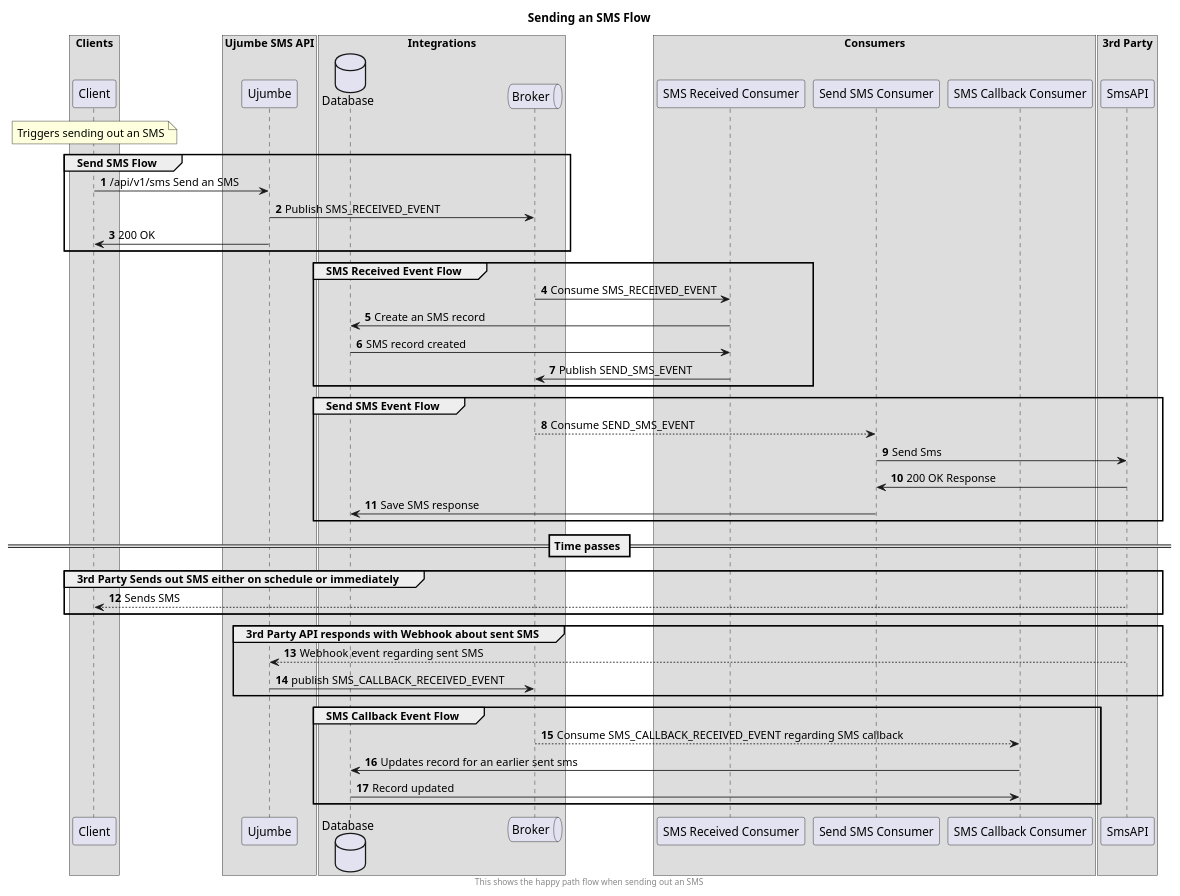
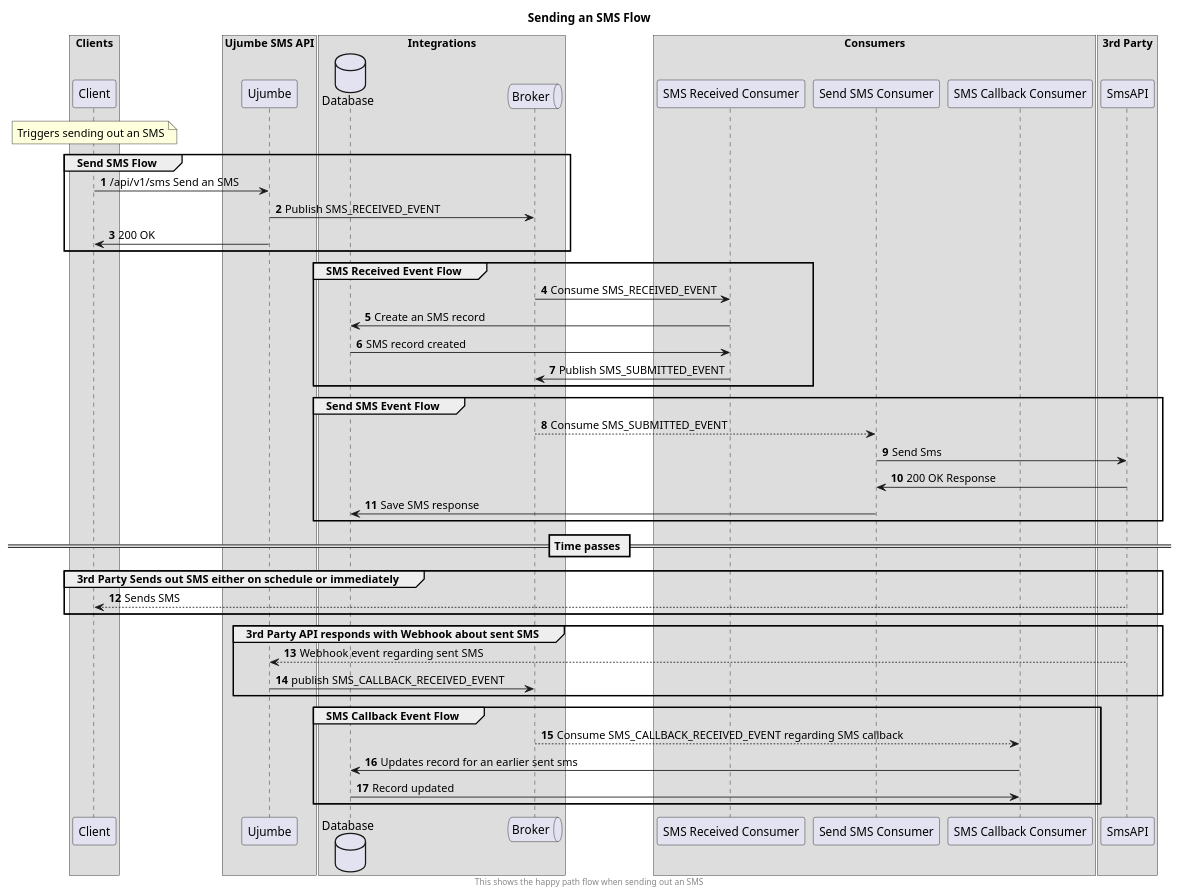
Before and after one commit to SanctumLabs/ujumbe: the diagram in docs/send_sms_flow.puml, drawn with PlantUML. The commit also changed 13 other files, not shown here.

Commit message:
feat(consumer): sms submitted consumer

```diff
--- a/docs/send_sms_flow.puml
+++ b/docs/send_sms_flow.puml
@@ -1,70 +1,70 @@
 @startuml
 
 title Sending an SMS Flow
 footer This shows the happy path flow when sending out an SMS
 
 autonumber
 
 box Clients
     participant Client as client
 endbox
 
 note over client: Triggers sending out an SMS
 
 box Ujumbe SMS API
     participant Ujumbe as ujumbe
 endbox
 
 box Integrations
     database Database as database
     queue Broker as broker
 endbox
 
 box Consumers
     participant "SMS Received Consumer" as sms_received_consumer
     participant "Send SMS Consumer" as send_sms_consumer
     participant "SMS Callback Consumer" as sms_callback_consumer
 endbox
 
 box 3rd Party
     participant SmsAPI as sms_api
 endbox
 
 group Send SMS Flow
  client -> ujumbe: /api/v1/sms Send an SMS
  ujumbe -> broker: Publish SMS_RECEIVED_EVENT
  ujumbe -> client: 200 OK
 end
 
 group SMS Received Event Flow
  broker -> sms_received_consumer: Consume SMS_RECEIVED_EVENT
  sms_received_consumer -> database: Create an SMS record
  database -> sms_received_consumer: SMS record created
- sms_received_consumer -> broker: Publish SEND_SMS_EVENT
+ sms_received_consumer -> broker: Publish SMS_SUBMITTED_EVENT
 end
 
 group Send SMS Event Flow
- broker --> send_sms_consumer: Consume SEND_SMS_EVENT
+ broker --> send_sms_consumer: Consume SMS_SUBMITTED_EVENT
  send_sms_consumer -> sms_api: Send Sms
  sms_api -> send_sms_consumer: 200 OK Response
  send_sms_consumer -> database: Save SMS response
 end
 
 == Time passes ==
 
 group 3rd Party Sends out SMS either on schedule or immediately
  sms_api --> client: Sends SMS
 end
 
 group 3rd Party API responds with Webhook about sent SMS
  sms_api --> ujumbe: Webhook event regarding sent SMS
  ujumbe -> broker: publish SMS_CALLBACK_RECEIVED_EVENT
 end
 
 group SMS Callback Event Flow
  broker --> sms_callback_consumer: Consume SMS_CALLBACK_RECEIVED_EVENT regarding SMS callback
  sms_callback_consumer -> database: Updates record for an earlier sent sms
  database -> sms_callback_consumer: Record updated
 end
 
 @enduml
```
